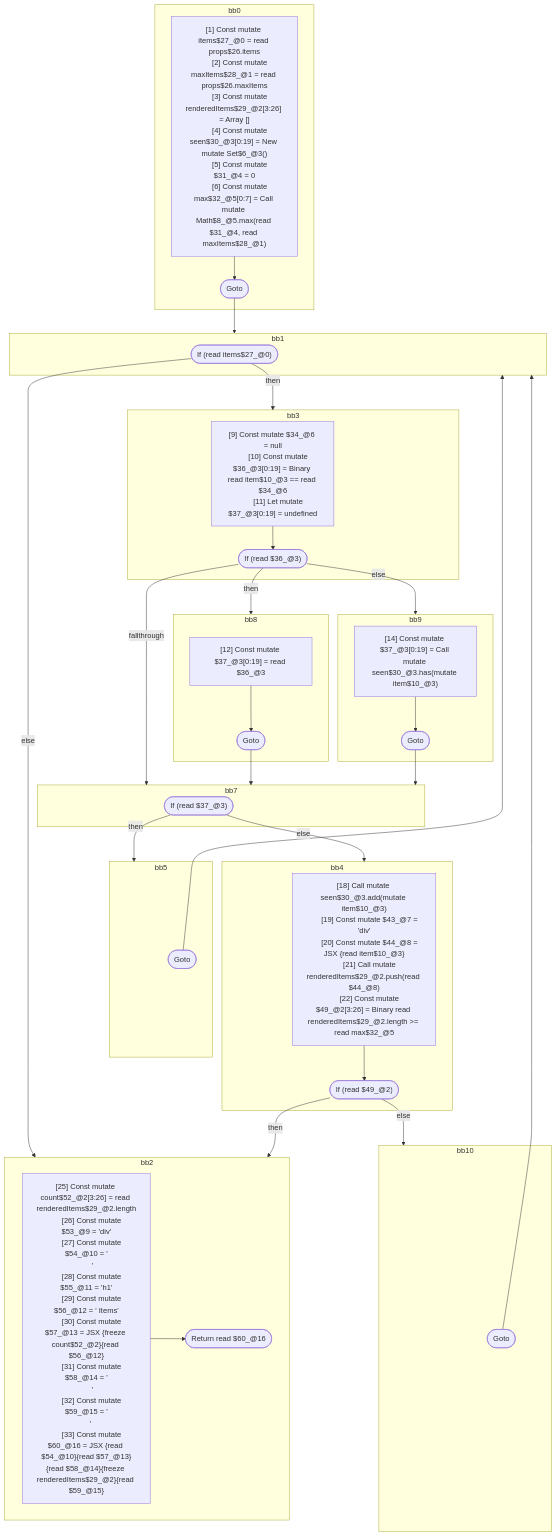
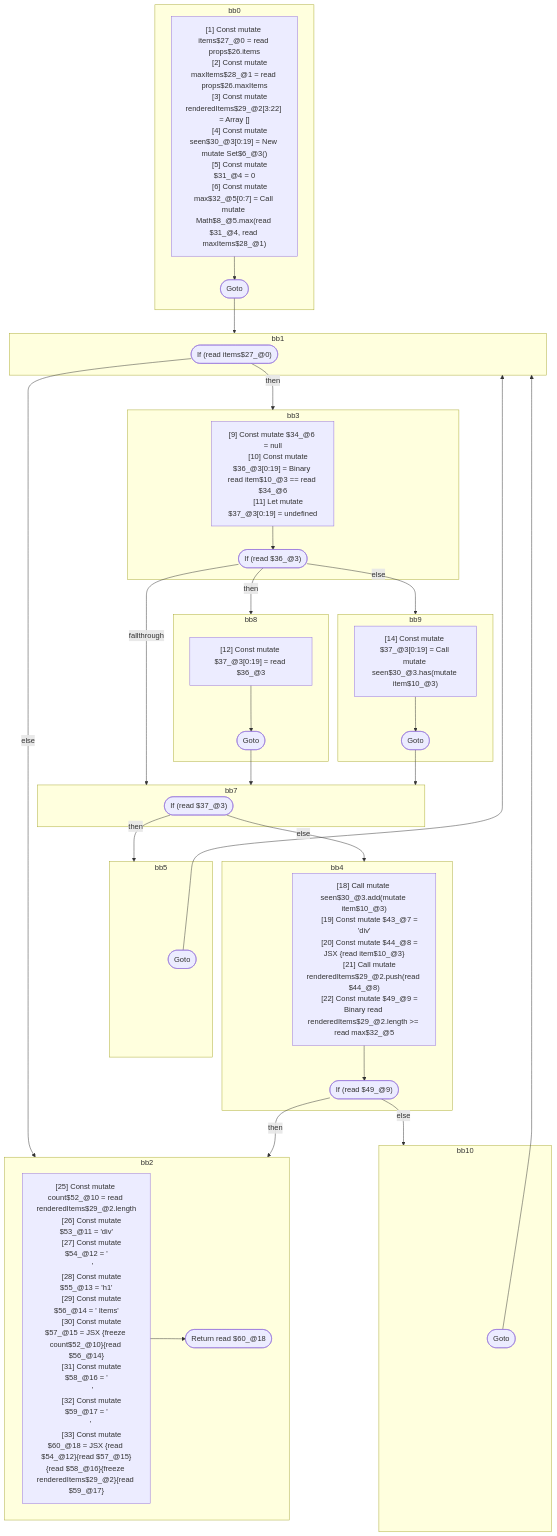
One commit to wutsmog/private changed the diagram in compiler/forget/src/__tests__/fixtures/hir/component.expect.md. Above: the diagram before and after it, drawn with Mermaid. The commit also changed other lines of this file and 9 other files, not shown here.

```diff
--- a/compiler/forget/src/__tests__/fixtures/hir/component.expect.md
+++ b/compiler/forget/src/__tests__/fixtures/hir/component.expect.md
@@ -103,7 +103,7 @@
     bb0_instrs["
       [1] Const mutate items$27_@0 = read props$26.items
       [2] Const mutate maxItems$28_@1 = read props$26.maxItems
-      [3] Const mutate renderedItems$29_@2[3:26] = Array []
+      [3] Const mutate renderedItems$29_@2[3:22] = Array []
       [4] Const mutate seen$30_@3[0:19] = New mutate Set$6_@3()
       [5] Const mutate $31_@4 = 0
       [6] Const mutate max$32_@5[0:7] = Call mutate Math$8_@5.max(read $31_@4, read maxItems$28_@1)
@@ -145,26 +145,26 @@
       [19] Const mutate $43_@7 = 'div'
       [20] Const mutate $44_@8 = JSX <read $43_@7>{read item$10_@3}</read $43_@7>
       [21] Call mutate renderedItems$29_@2.push(read $44_@8)
-      [22] Const mutate $49_@2[3:26] = Binary read renderedItems$29_@2.length >= read max$32_@5
+      [22] Const mutate $49_@9 = Binary read renderedItems$29_@2.length >= read max$32_@5
     "]
-    bb4_instrs --> bb4_terminal(["If (read $49_@2)"])
+    bb4_instrs --> bb4_terminal(["If (read $49_@9)"])
   end
   subgraph bb10
     bb10_terminal(["Goto"])
   end
   subgraph bb2
     bb2_instrs["
-      [25] Const mutate count$52_@2[3:26] = read renderedItems$29_@2.length
-      [26] Const mutate $53_@9 = 'div'
-      [27] Const mutate $54_@10 = '\n      '
-      [28] Const mutate $55_@11 = 'h1'
-      [29] Const mutate $56_@12 = ' Items'
-      [30] Const mutate $57_@13 = JSX <read $55_@11>{freeze count$52_@2}{read $56_@12}</read $55_@11>
-      [31] Const mutate $58_@14 = '\n      '
-      [32] Const mutate $59_@15 = '\n    '
-      [33] Const mutate $60_@16 = JSX <read $53_@9>{read $54_@10}{read $57_@13}{read $58_@14}{freeze renderedItems$29_@2}{read $59_@15}</read $53_@9>
+      [25] Const mutate count$52_@10 = read renderedItems$29_@2.length
+      [26] Const mutate $53_@11 = 'div'
+      [27] Const mutate $54_@12 = '\n      '
+      [28] Const mutate $55_@13 = 'h1'
+      [29] Const mutate $56_@14 = ' Items'
+      [30] Const mutate $57_@15 = JSX <read $55_@13>{freeze count$52_@10}{read $56_@14}</read $55_@13>
+      [31] Const mutate $58_@16 = '\n      '
+      [32] Const mutate $59_@17 = '\n    '
+      [33] Const mutate $60_@18 = JSX <read $53_@11>{read $54_@12}{read $57_@15}{read $58_@16}{freeze renderedItems$29_@2}{read $59_@17}</read $53_@11>
     "]
-    bb2_instrs --> bb2_terminal(["Return read $60_@16"])
+    bb2_instrs --> bb2_terminal(["Return read $60_@18"])
   end
 
   %% Jumps
```
